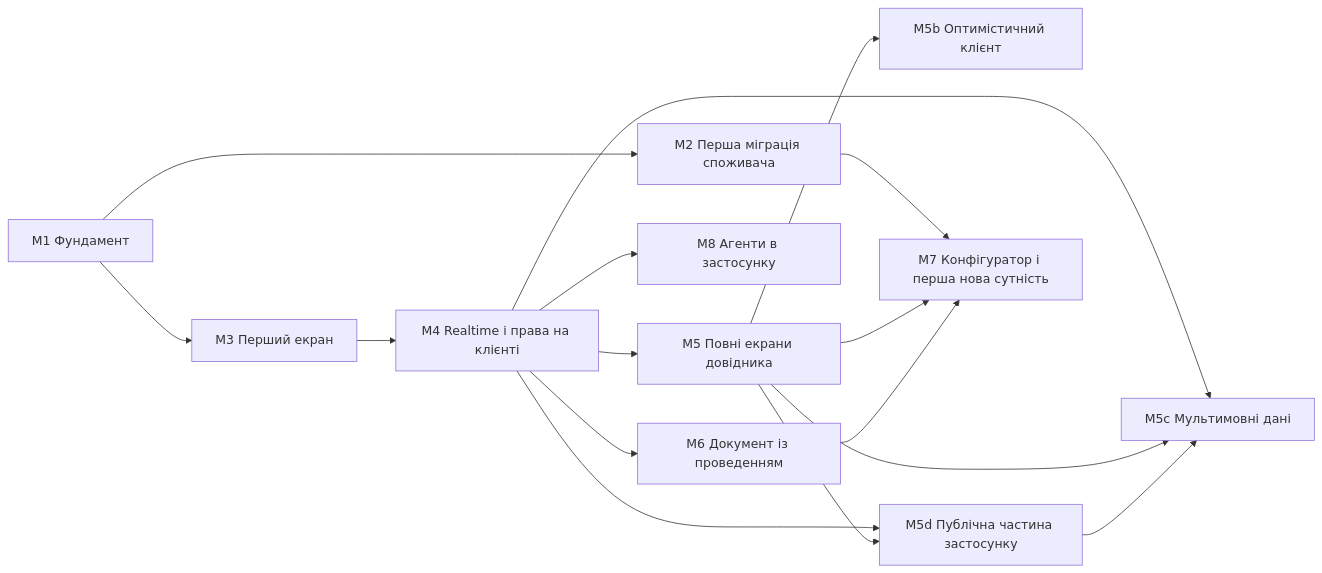
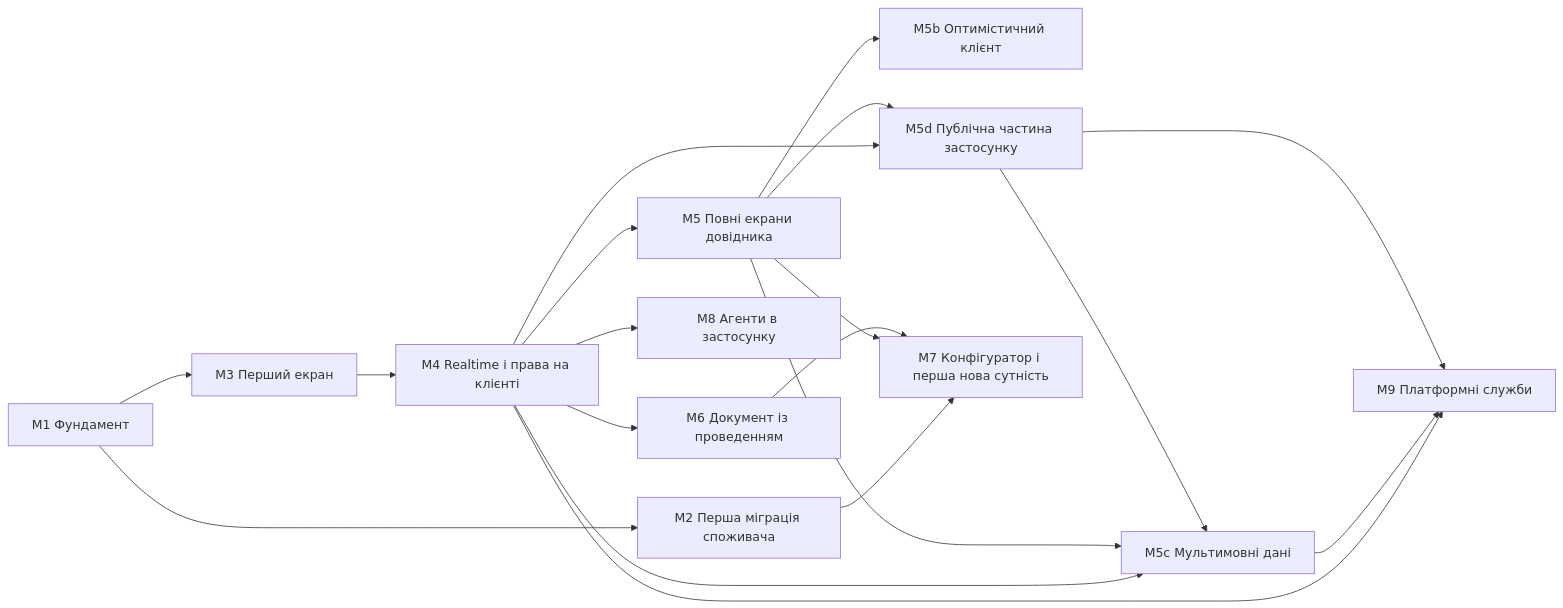
Before and after one commit to VSydorenko/Simetra: the diagram in docs/ROADMAP.md, drawn with Mermaid. The commit also changed other lines of this file, not shown here.

Commit message:
docs(roadmap): віха М9 «Платформні служби» (#457)

````diff
--- a/docs/ROADMAP.md
+++ b/docs/ROADMAP.md
@@ -12,18 +12,21 @@
 ```mermaid
 flowchart LR
   M1[М1 Фундамент] --> M2[М2 Перша міграція споживача]
   M1 --> M3[М3 Перший екран]
   M3 --> M4[М4 Realtime і права на клієнті]
   M4 --> M5[М5 Повні екрани довідника]
   M5 --> M5b[М5b Оптимістичний клієнт]
   M4 --> M5c[М5c Мультимовні дані]
   M5 --> M5c
   M4 --> M5d[М5d Публічна частина застосунку]
   M5 --> M5d
   M5d --> M5c
   M4 --> M8[М8 Агенти в застосунку]
   M4 --> M6[М6 Документ із проведенням]
   M2 --> M7[М7 Конфігуратор і перша нова сутність]
+  M4 --> M9[М9 Платформні служби]
+  M5c --> M9
+  M5d --> M9
   M5 --> M7
   M6 --> M7
 ```
````
